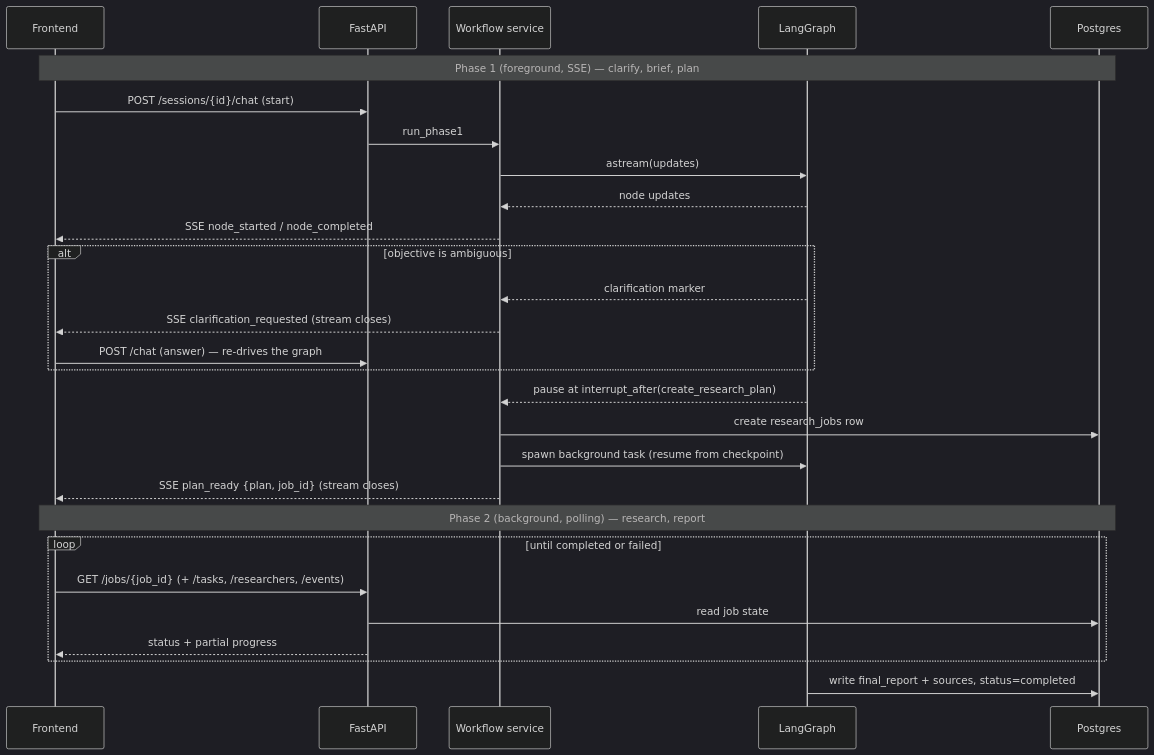
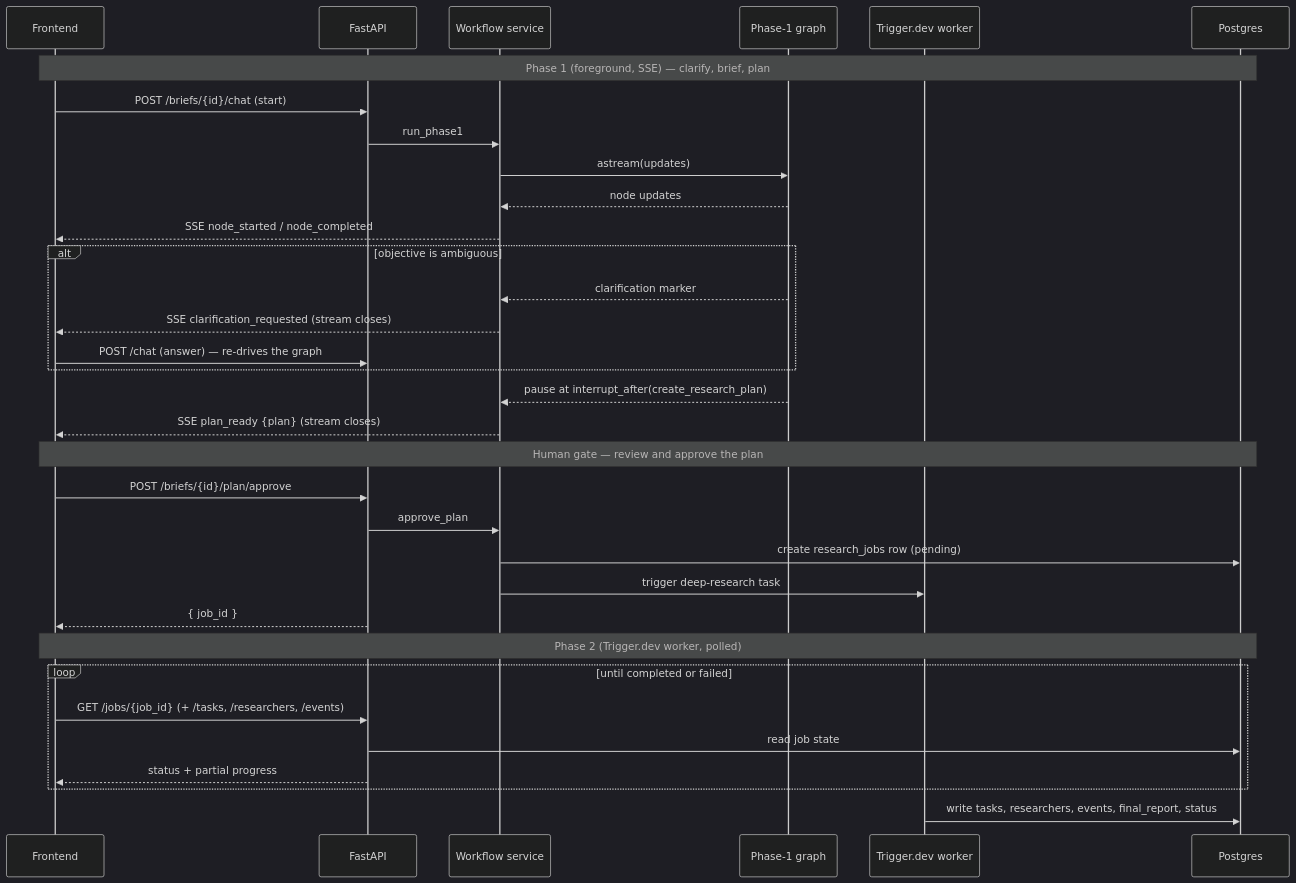
One commit to adi790uu/Research-Copilot changed the second of 5 diagrams in docs/architecture.md. Above: the diagram before and after it, drawn with Mermaid (dark theme). The commit also changed other lines of this file and 47 other files, not shown here.

Commit message:
feat: flow and schema hanges

````diff
--- a/docs/architecture.md
+++ b/docs/architecture.md
@@ -74,32 +83,38 @@
 ```mermaid
 sequenceDiagram
   participant FE as Frontend
   participant API as FastAPI
   participant SVC as Workflow service
-  participant G as LangGraph
+  participant G1 as Phase-1 graph
+  participant TD as Trigger.dev worker
   participant DB as Postgres
 
   Note over FE,DB: Phase 1 (foreground, SSE) — clarify, brief, plan
-  FE->>API: POST /sessions/{id}/chat (start)
+  FE->>API: POST /briefs/{id}/chat (start)
   API->>SVC: run_phase1
-  SVC->>G: astream(updates)
-  G-->>SVC: node updates
+  SVC->>G1: astream(updates)
+  G1-->>SVC: node updates
   SVC-->>FE: SSE node_started / node_completed
   alt objective is ambiguous
-    G-->>SVC: clarification marker
+    G1-->>SVC: clarification marker
     SVC-->>FE: SSE clarification_requested (stream closes)
     FE->>API: POST /chat (answer) — re-drives the graph
   end
-  G-->>SVC: pause at interrupt_after(create_research_plan)
-  SVC->>DB: create research_jobs row
-  SVC->>G: spawn background task (resume from checkpoint)
-  SVC-->>FE: SSE plan_ready {plan, job_id} (stream closes)
+  G1-->>SVC: pause at interrupt_after(create_research_plan)
+  SVC-->>FE: SSE plan_ready {plan} (stream closes)
 
-  Note over FE,DB: Phase 2 (background, polling) — research, report
+  Note over FE,DB: Human gate — review and approve the plan
+  FE->>API: POST /briefs/{id}/plan/approve
+  API->>SVC: approve_plan
+  SVC->>DB: create research_jobs row (pending)
+  SVC->>TD: trigger deep-research task
+  API-->>FE: { job_id }
+
+  Note over FE,DB: Phase 2 (Trigger.dev worker, polled)
   loop until completed or failed
     FE->>API: GET /jobs/{job_id} (+ /tasks, /researchers, /events)
     API->>DB: read job state
     API-->>FE: status + partial progress
   end
-  G->>DB: write final_report + sources, status=completed
+  TD->>DB: write tasks, researchers, events, final_report, status
 ```
````
